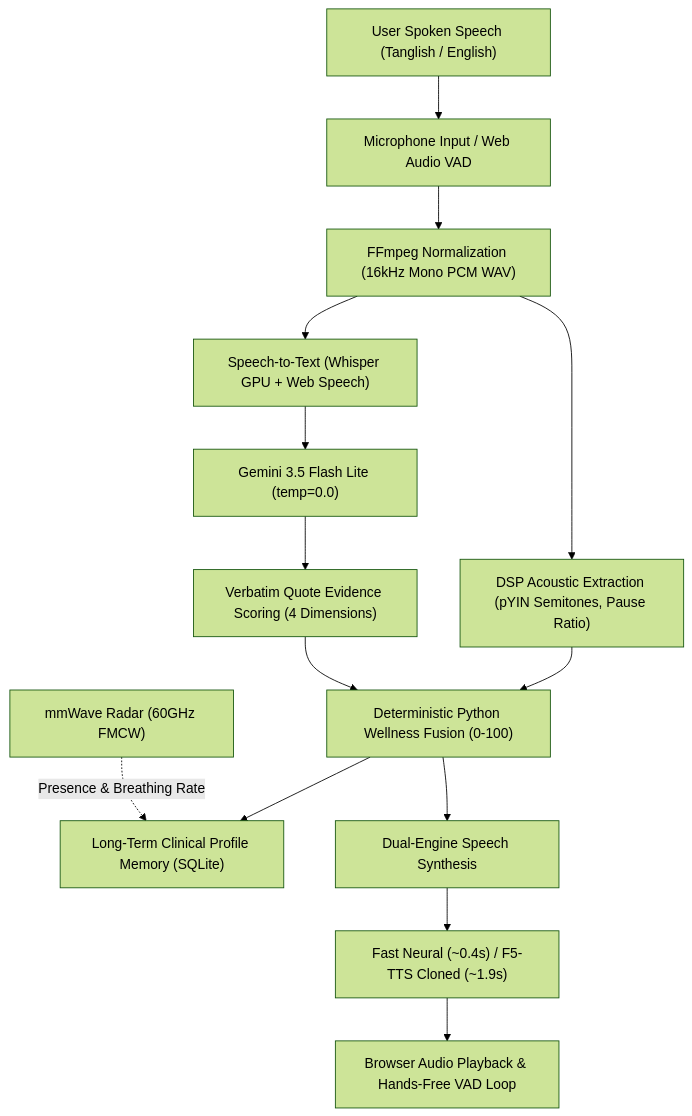
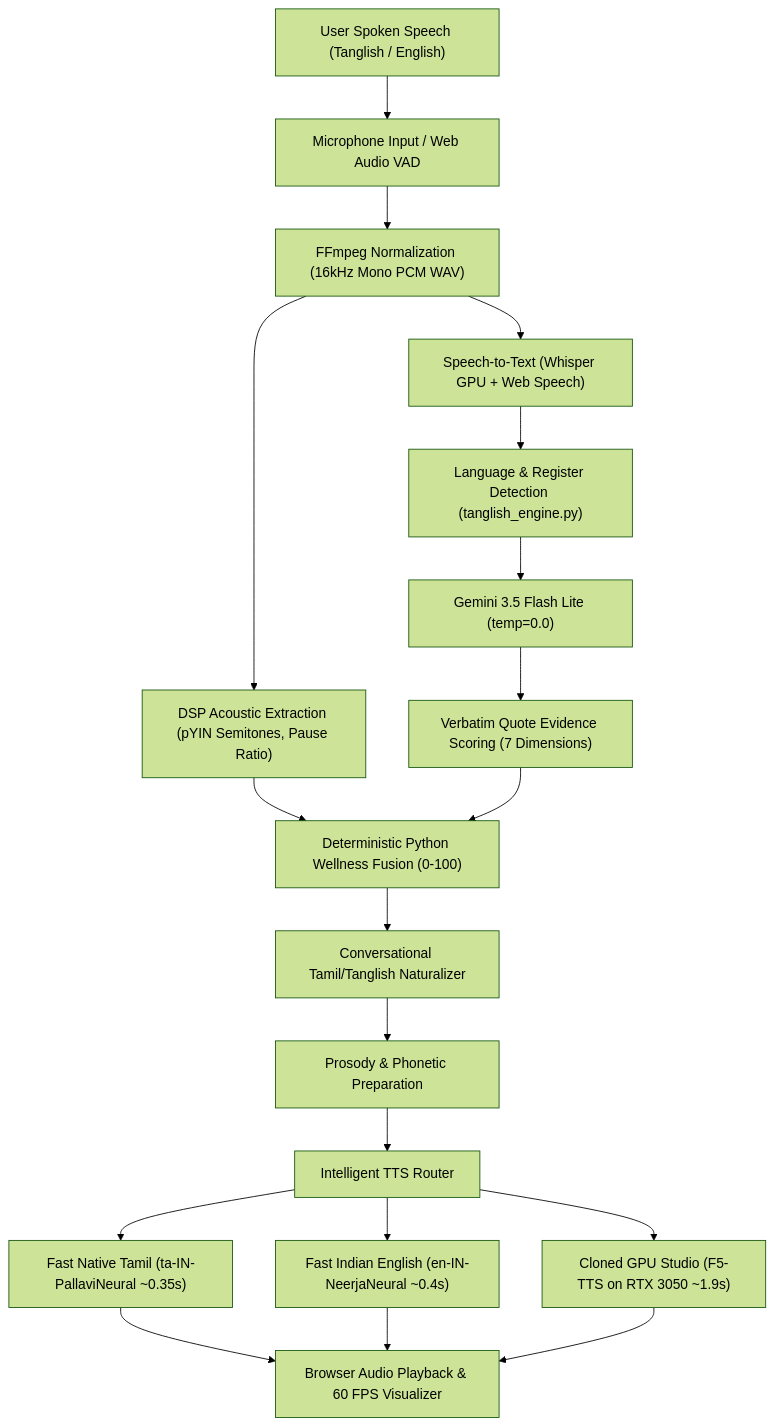
One commit to logesh-profile/arogya changed the diagram in README.md. Above: the diagram before and after it, drawn with Mermaid (forest theme). The commit also changed other lines of this file and 4 other files, not shown here.

Commit message:
Implement authentic conversational Tamil & Tanglish naturalizer, native voice routing, and prosody staging

````diff
--- a/README.md
+++ b/README.md
@@ -72,19 +74,23 @@
 ```mermaid
 graph TD
     A["User Spoken Speech (Tanglish / English)"] --> B["Microphone Input / Web Audio VAD"]
     B --> C["FFmpeg Normalization (16kHz Mono PCM WAV)"]
     C --> D["Speech-to-Text (Whisper GPU + Web Speech)"]
     C --> E["DSP Acoustic Extraction (pYIN Semitones, Pause Ratio)"]
     
-    D --> F["Gemini 3.5 Flash Lite (temp=0.0)"]
-    F --> G["Verbatim Quote Evidence Scoring (4 Dimensions)"]
-    E --> H["Deterministic Python Wellness Fusion (0-100)"]
-    G --> H
+    D --> F["Language & Register Detection (tanglish_engine.py)"]
+    F --> G["Gemini 3.5 Flash Lite (temp=0.0)"]
+    G --> H["Verbatim Quote Evidence Scoring (7 Dimensions)"]
+    E --> I["Deterministic Python Wellness Fusion (0-100)"]
+    H --> I
     
-    H --> I["Long-Term Clinical Profile Memory (SQLite)"]
-    H --> J["Dual-Engine Speech Synthesis"]
-    J --> K["Fast Neural (~0.4s) / F5-TTS Cloned (~1.9s)"]
-    K --> L["Browser Audio Playback & Hands-Free VAD Loop"]
-    
-    M["mmWave Radar (60GHz FMCW)"] -.->|Presence & Breathing Rate| I
+    I --> J["Conversational Tamil/Tanglish Naturalizer"]
+    J --> K["Prosody & Phonetic Preparation"]
+    K --> L["Intelligent TTS Router"]
+    L --> M["Fast Native Tamil (ta-IN-PallaviNeural ~0.35s)"]
+    L --> N["Fast Indian English (en-IN-NeerjaNeural ~0.4s)"]
+    L --> O["Cloned GPU Studio (F5-TTS on RTX 3050 ~1.9s)"]
+    M --> P["Browser Audio Playback & 60 FPS Visualizer"]
+    N --> P
+    O --> P
 ```
````
